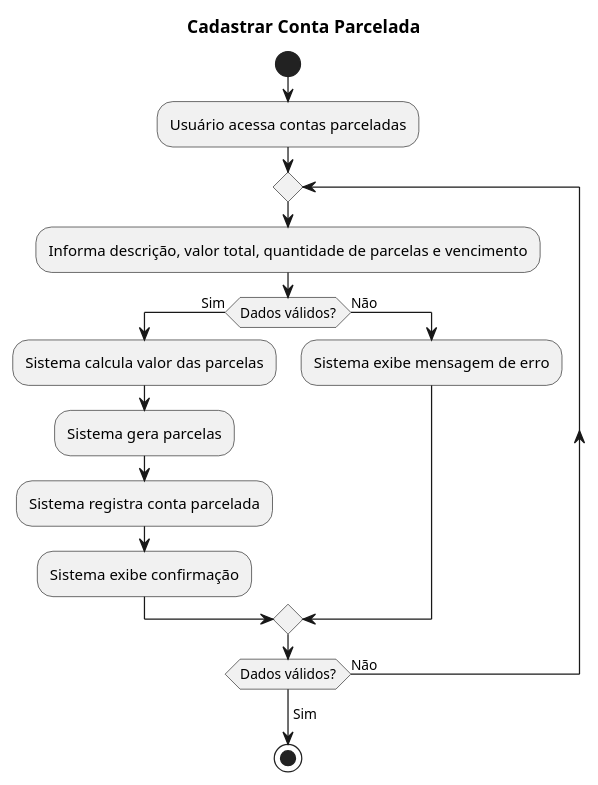
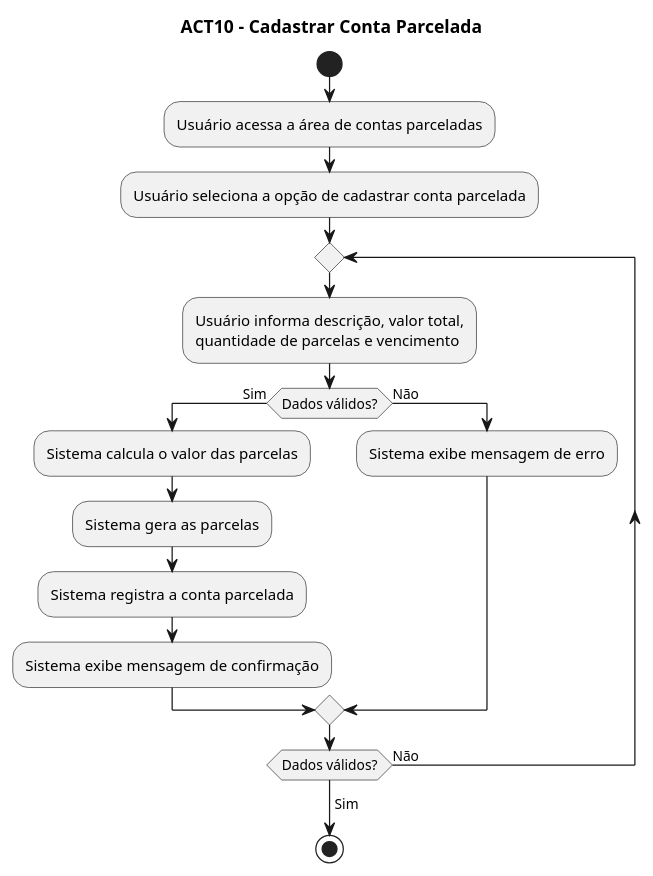
One commit to Nathan-Edu/Financa-Facil changed the diagram in docs/modelagem/atividades/pagamento-parcela.puml. Above: the diagram before and after it, drawn with PlantUML.

Commit message:
Update title and user actions in payment diagram

```diff
--- a/docs/modelagem/atividades/pagamento-parcela.puml
+++ b/docs/modelagem/atividades/pagamento-parcela.puml
@@ -1,24 +1,27 @@
 @startuml
-title Cadastrar Conta Parcelada
+
+title ACT10 - Cadastrar Conta Parcelada
 
 start
 
-:Usuário acessa contas parceladas;
+:Usuário acessa a área de contas parceladas;
+:Usuário seleciona a opção de cadastrar conta parcelada;
 
 repeat
-  :Informa descrição, valor total, quantidade de parcelas e vencimento;
+  :Usuário informa descrição, valor total,\nquantidade de parcelas e vencimento;
 
   if (Dados válidos?) then (Sim)
-    :Sistema calcula valor das parcelas;
-    :Sistema gera parcelas;
-    :Sistema registra conta parcelada;
-    :Sistema exibe confirmação;
+    :Sistema calcula o valor das parcelas;
+    :Sistema gera as parcelas;
+    :Sistema registra a conta parcelada;
+    :Sistema exibe mensagem de confirmação;
   else (Não)
     :Sistema exibe mensagem de erro;
   endif
 
 repeat while (Dados válidos?) is (Não)
 -> Sim;
 
 stop
+
 @enduml
```
